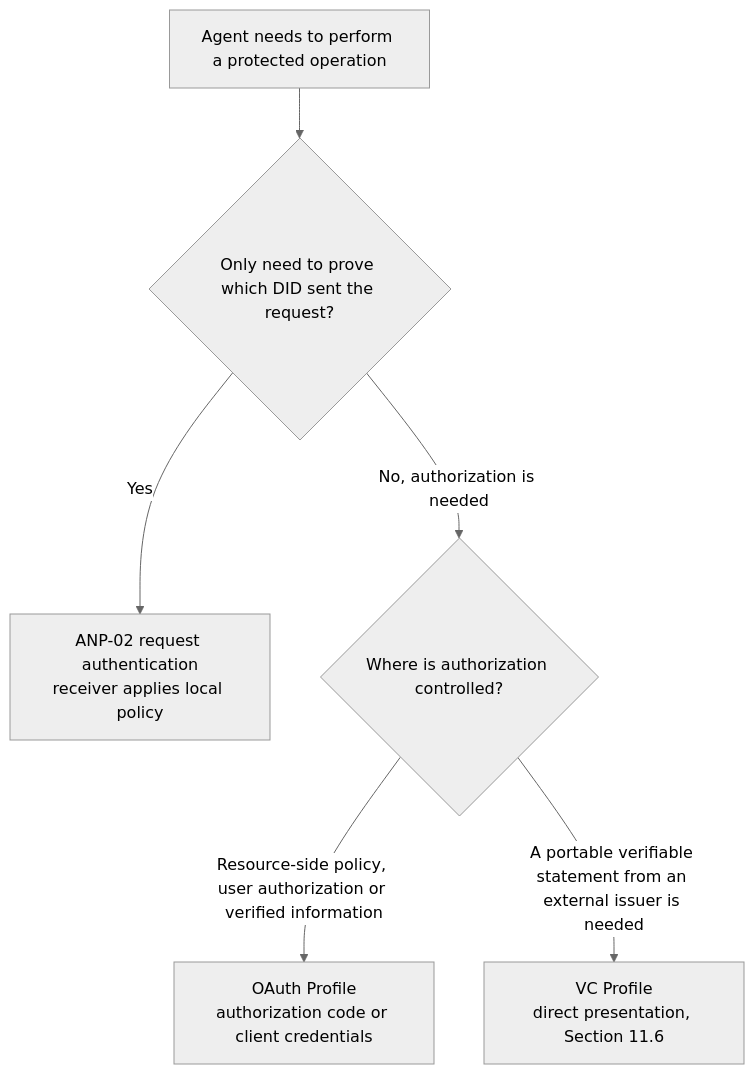
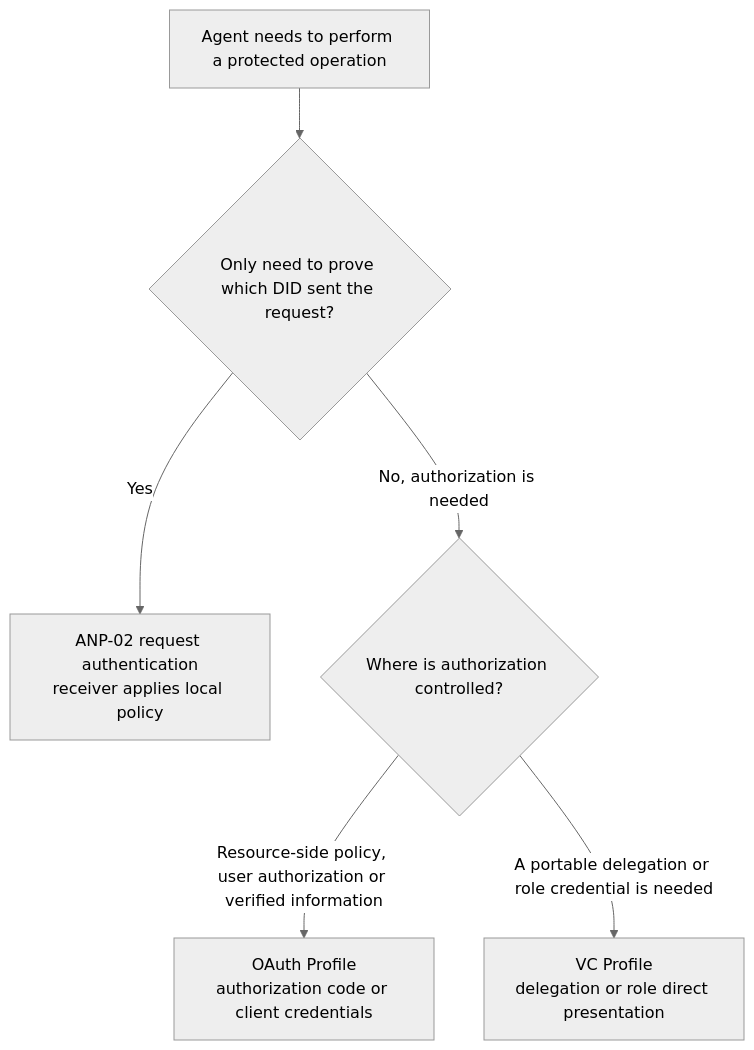
Before and after one commit to agent-network-protocol/AgentNetworkProtocol: the first of 10 diagrams in vnext/05-anp-did-authorization-protocol-specification.md, drawn with Mermaid (neutral theme). The commit also changed other lines of this file and 6 other files, not shown here.

````diff
--- a/vnext/05-anp-did-authorization-protocol-specification.md
+++ b/vnext/05-anp-did-authorization-protocol-specification.md
@@ -130,8 +130,8 @@
 ```mermaid
 flowchart TD
   Start["Agent needs to perform a protected operation"] --> Q1{"Only need to prove which DID sent the request?"}
   Q1 -->|"Yes"| P02["ANP-02 request authentication<br/>receiver applies local policy"]
   Q1 -->|"No, authorization is needed"| Q2{"Where is authorization controlled?"}
   Q2 -->|"Resource-side policy, user authorization or verified information"| OA["OAuth Profile<br/>authorization code or client credentials"]
-  Q2 -->|"A portable verifiable statement from an external issuer is needed"| DP["VC Profile<br/>direct presentation, Section 11.6"]
+  Q2 -->|"A portable delegation or role credential is needed"| DP["VC Profile<br/>delegation or role direct presentation"]
 ```
````
